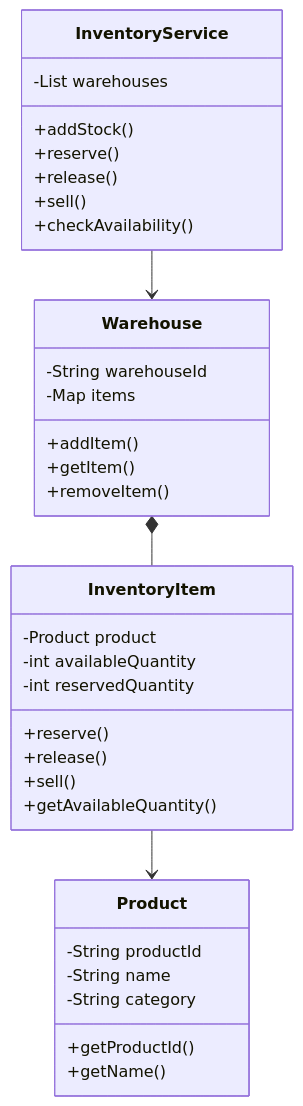
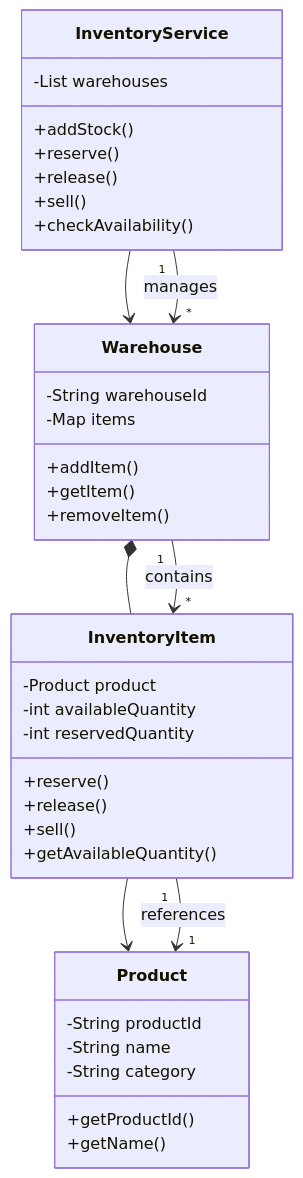
The eighth of 19 diagrams in LLD_NOTES/lld_visual_java_reference_mermaid_full_implementation.md (mthaiseer/springcloud-systemdesign-notes), drawn with Mermaid before and after one commit. The commit also changed other lines of this file, not shown here.

````diff
--- a/LLD_NOTES/lld_visual_java_reference_mermaid_full_implementation.md
+++ b/LLD_NOTES/lld_visual_java_reference_mermaid_full_implementation.md
@@ -1569,37 +1810,41 @@
 ```mermaid
 classDiagram
   class InventoryService {
     -List warehouses
     +addStock()
     +reserve()
     +release()
     +sell()
     +checkAvailability()
   }
   class Warehouse {
     -String warehouseId
     -Map items
     +addItem()
     +getItem()
     +removeItem()
   }
   class InventoryItem {
     -Product product
     -int availableQuantity
     -int reservedQuantity
     +reserve()
     +release()
     +sell()
     +getAvailableQuantity()
   }
   class Product {
     -String productId
     -String name
     -String category
     +getProductId()
     +getName()
   }
   InventoryService --> Warehouse
   Warehouse *-- InventoryItem
   InventoryItem --> Product
+  %% Cardinality relationships
+  InventoryService "1" --> "*" Warehouse : manages
+  Warehouse "1" --> "*" InventoryItem : contains
+  InventoryItem "1" --> "1" Product : references
 ```
````
